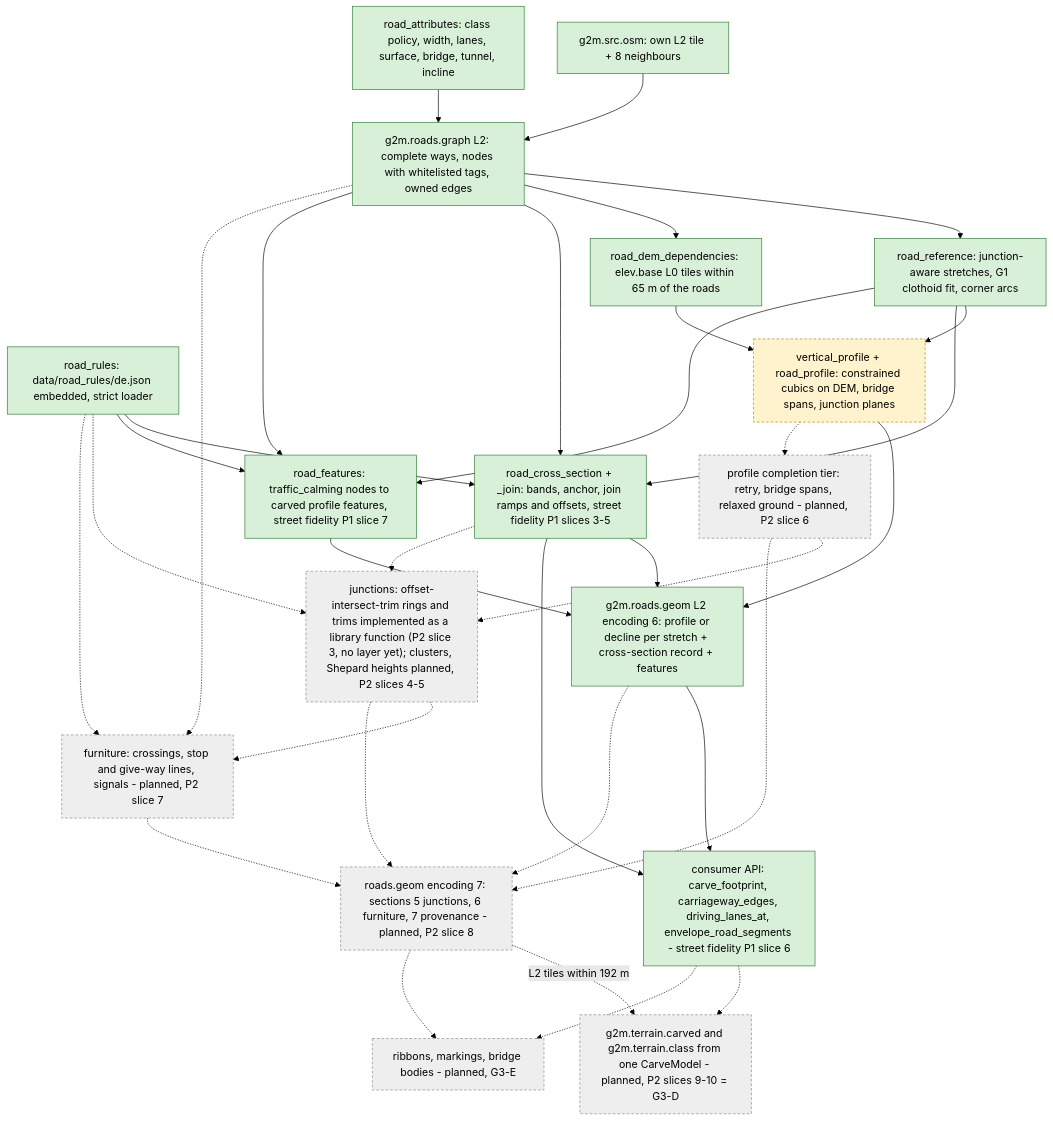
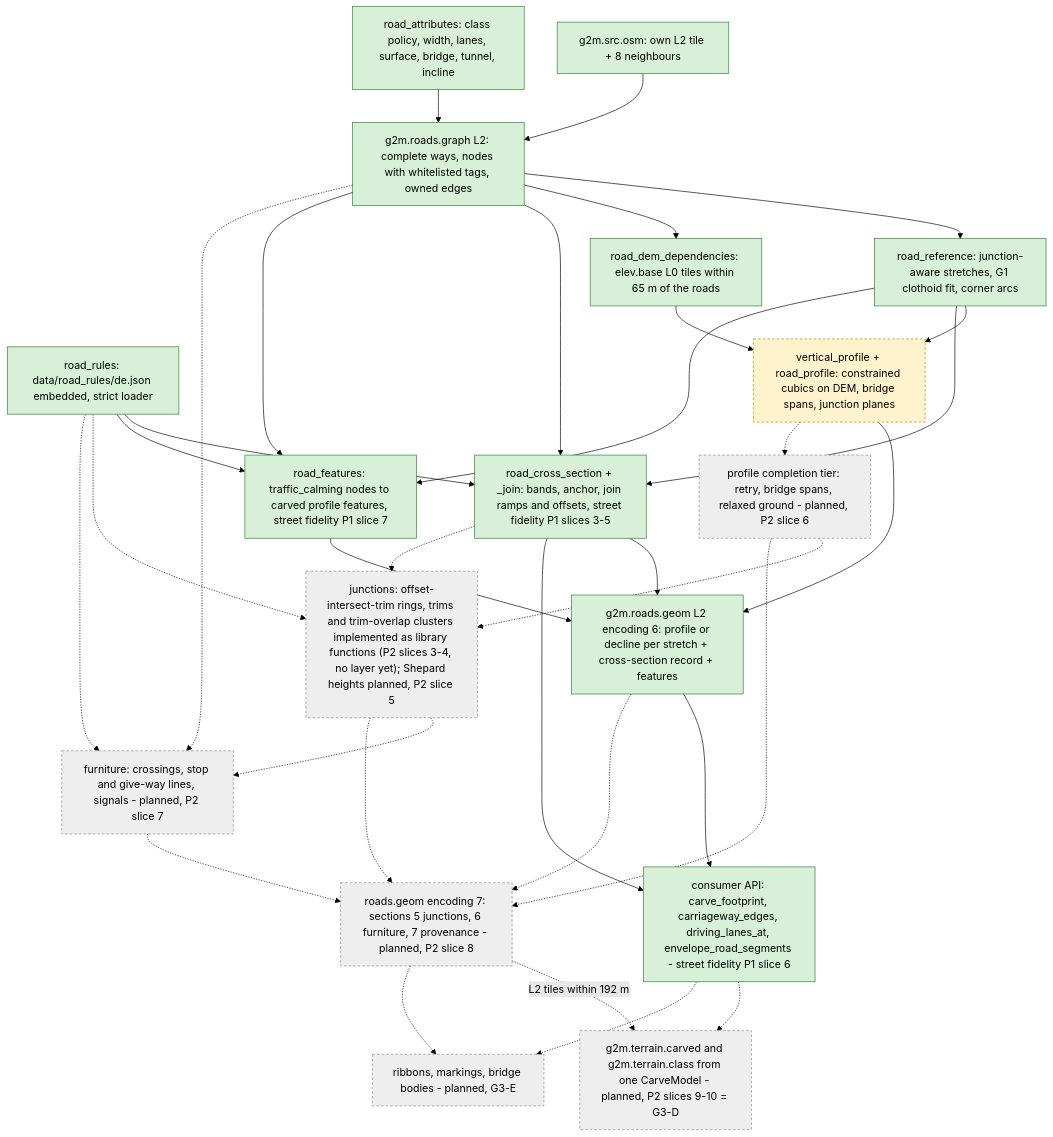
The diagram in docs/pipeline/roads.md (SebastianDanielFrenz/geo2map_engine), drawn with Mermaid (forest theme) before and after one commit. The commit also changed other lines of this file and 6 other files, not shown here.

````diff
--- a/docs/pipeline/roads.md
+++ b/docs/pipeline/roads.md
@@ -7,56 +7,56 @@
 ```mermaid
 flowchart TD
   OSM9["g2m.src.osm: own L2 tile + 8 neighbours"]
   ATTR["road_attributes: class policy, width, lanes, surface, bridge, tunnel, incline"]
   GRAPH["g2m.roads.graph L2: complete ways, nodes with whitelisted tags, owned edges"]
   RULES["road_rules: data/road_rules/de.json embedded, strict loader"]
   XS["road_cross_section + _join: bands, anchor, join ramps and offsets, street fidelity P1 slices 3-5"]
   API["consumer API: carve_footprint, carriageway_edges, driving_lanes_at, envelope_road_segments - street fidelity P1 slice 6"]
   REF["road_reference: junction-aware stretches, G1 clothoid fit, corner arcs"]
   DEMDEP["road_dem_dependencies: elev.base L0 tiles within 65 m of the roads"]
   PROF["vertical_profile + road_profile: constrained cubics on DEM, bridge spans, junction planes"]
   FEAT["road_features: traffic_calming nodes to carved profile features, street fidelity P1 slice 7"]
   GEOM["g2m.roads.geom L2 encoding 6: profile or decline per stretch + cross-section record + features"]
   COMPL["profile completion tier: retry, bridge spans, relaxed ground - planned, P2 slice 6"]
-  JUNC["junctions: offset-intersect-trim rings and trims implemented as a library function (P2 slice 3, no layer yet); clusters, Shepard heights planned, P2 slices 4-5"]
+  JUNC["junctions: offset-intersect-trim rings, trims and trim-overlap clusters implemented as library functions (P2 slices 3-4, no layer yet); Shepard heights planned, P2 slice 5"]
   FURN["furniture: crossings, stop and give-way lines, signals - planned, P2 slice 7"]
   GEOM7["roads.geom encoding 7: sections 5 junctions, 6 furniture, 7 provenance - planned, P2 slice 8"]
   CARVE["g2m.terrain.carved and g2m.terrain.class from one CarveModel - planned, P2 slices 9-10 = G3-D"]
   RIB["ribbons, markings, bridge bodies - planned, G3-E"]
   OSM9 --> GRAPH
   ATTR --> GRAPH
   GRAPH --> REF --> PROF
   GRAPH --> DEMDEP --> PROF
   RULES --> XS
   GRAPH --> XS
   REF --> XS
   XS --> GEOM
   GRAPH --> FEAT
   REF --> FEAT
   RULES --> FEAT
   FEAT --> GEOM
   PROF --> GEOM
   XS --> API
   GEOM --> API
   PROF -.-> COMPL
   COMPL -.-> JUNC
   XS -.-> JUNC
   RULES -.-> JUNC
   JUNC -.-> FURN
   GRAPH -.-> FURN
   RULES -.-> FURN
   COMPL -.-> GEOM7
   JUNC -.-> GEOM7
   FURN -.-> GEOM7
   GEOM -.-> GEOM7
   GEOM7 -.->|"L2 tiles within 192 m"| CARVE
   API -.-> CARVE
   API -.-> RIB
   GEOM7 -.-> RIB
   classDef done fill:#d8f0d8,stroke:#2e7d32,color:#000;
   classDef part fill:#fff3cd,stroke:#b58900,stroke-dasharray:4 3,color:#000;
   classDef plan fill:#eeeeee,stroke:#888888,stroke-dasharray:4 3,color:#000;
   class OSM9,ATTR,GRAPH,REF,DEMDEP,GEOM,RULES,XS,API,FEAT done;
   class PROF part;
   class COMPL,JUNC,FURN,GEOM7,CARVE,RIB plan;
 ```
````
